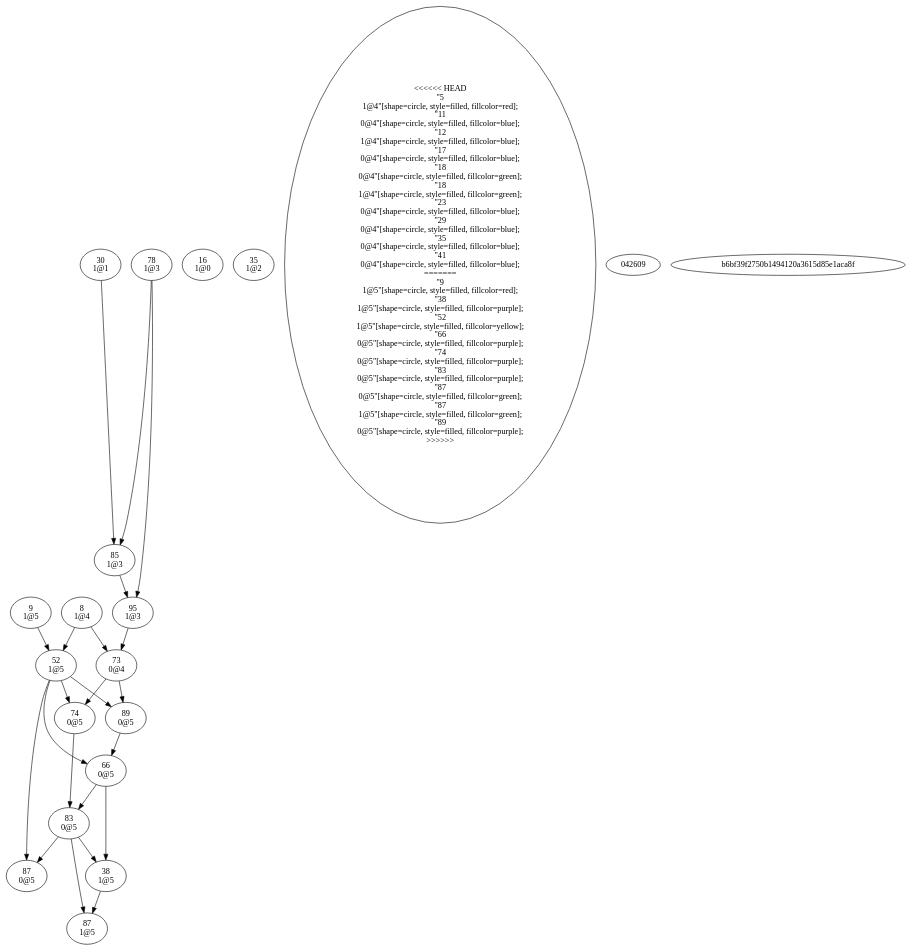
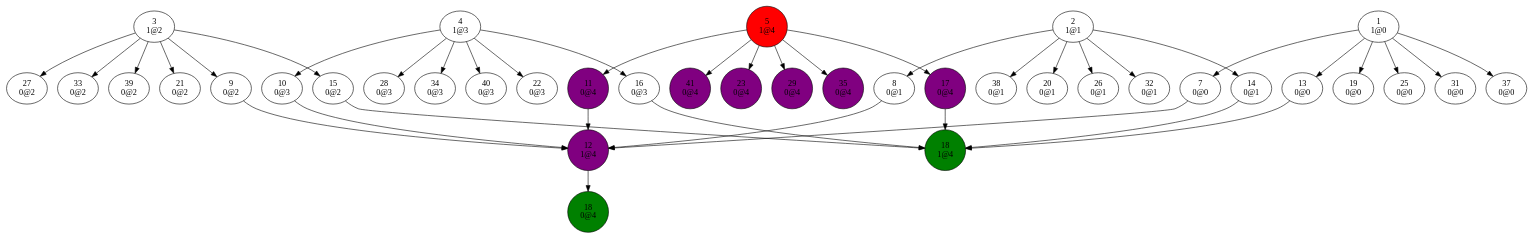
Before and after one commit to Oxmose/SATSolver: the diagram in dev/bin/conflictGraph0.dot, drawn with Graphviz. The commit also changed 6 other files, not shown here.

```diff
--- a/dev/bin/conflictGraph0.dot
+++ b/dev/bin/conflictGraph0.dot
@@ -1,117 +1,189 @@
 digraph {
+"1
+1@0"->"7
+0@0";
+"1
+1@0"->"13
+0@0";
+"1
+1@0"->"19
+0@0";
+"1
+1@0"->"25
+0@0";
+"1
+1@0"->"31
+0@0";
+"1
+1@0"->"37
+0@0";
+"2
+1@1"->"8
+0@1";
+"2
+1@1"->"14
+0@1";
+"2
+1@1"->"20
+0@1";
+"2
+1@1"->"26
+0@1";
+"2
+1@1"->"32
+0@1";
+"2
+1@1"->"38
+0@1";
+"3
+1@2"->"9
+0@2";
+"3
+1@2"->"15
+0@2";
+"3
+1@2"->"21
+0@2";
+"3
+1@2"->"27
+0@2";
+"3
+1@2"->"33
+0@2";
+"3
+1@2"->"39
+0@2";
+"4
+1@3"->"10
+0@3";
+"4
+1@3"->"16
+0@3";
+"4
+1@3"->"22
+0@3";
+"4
+1@3"->"28
+0@3";
+"4
+1@3"->"34
+0@3";
+"4
+1@3"->"40
+0@3";
+"5
+1@4"->"11
+0@4";
+"5
+1@4"->"17
+0@4";
+"5
+1@4"->"23
+0@4";
+"5
+1@4"->"29
+0@4";
+"5
+1@4"->"35
+0@4";
+"5
+1@4"->"41
+0@4";
+"7
+0@0"->"12
+1@4";
 "8
-1@4"->"52
-1@5";
-"8
-1@4"->"73
+0@1"->"12
+1@4";
+"9
+0@2"->"12
+1@4";
+"10
+0@3"->"12
+1@4";
+"11
+0@4"->"12
+1@4";
+"12
+1@4"->"18
 0@4";
-"9
-1@5"->"52
-1@5";
+"13
+0@0"->"18
+1@4";
+"14
+0@1"->"18
+1@4";
+"15
+0@2"->"18
+1@4";
 "16
-1@0";
-"30
-1@1"->"85
-1@3";
+0@3"->"18
+1@4";
+"17
+0@4"->"18
+1@4";
+"18
+0@4";
+"18
+1@4";
+"19
+0@0";
+"20
+0@1";
+"21
+0@2";
+"22
+0@3";
+"23
+0@4";
+"25
+0@0";
+"26
+0@1";
+"27
+0@2";
+"28
+0@3";
+"29
+0@4";
+"31
+0@0";
+"32
+0@1";
+"33
+0@2";
+"34
+0@3";
 "35
-1@2";
+0@4";
+"37
+0@0";
 "38
-1@5"->"87
-1@5";
-"52
-1@5"->"66
-0@5";
-"52
-1@5"->"74
-0@5";
-"52
-1@5"->"87
-0@5";
-"52
-1@5"->"89
-0@5";
-"66
-0@5"->"38
-1@5";
-"66
-0@5"->"83
-0@5";
-"73
-0@4"->"74
-0@5";
-"73
-0@4"->"89
-0@5";
-"74
-0@5"->"83
-0@5";
-"78
-1@3"->"85
-1@3";
-"78
-1@3"->"95
-1@3";
-"83
-0@5"->"38
-1@5";
-"83
-0@5"->"87
-0@5";
-"83
-0@5"->"87
-1@5";
-"85
-1@3"->"95
-1@3";
-"87
-0@5";
-"87
-1@5";
-"89
-0@5"->"66
-0@5";
-"95
-1@3"->"73
+0@1";
+"39
+0@2";
+"40
+0@3";
+"41
 0@4";
-<<<<<<< HEAD
 "5
 1@4"[shape=circle, style=filled, fillcolor=red];
 "11
-0@4"[shape=circle, style=filled, fillcolor=blue];
+0@4"[shape=circle, style=filled, fillcolor=purple];
 "12
-1@4"[shape=circle, style=filled, fillcolor=blue];
+1@4"[shape=circle, style=filled, fillcolor=purple];
 "17
-0@4"[shape=circle, style=filled, fillcolor=blue];
+0@4"[shape=circle, style=filled, fillcolor=purple];
 "18
 0@4"[shape=circle, style=filled, fillcolor=green];
 "18
 1@4"[shape=circle, style=filled, fillcolor=green];
 "23
-0@4"[shape=circle, style=filled, fillcolor=blue];
+0@4"[shape=circle, style=filled, fillcolor=purple];
 "29
-0@4"[shape=circle, style=filled, fillcolor=blue];
+0@4"[shape=circle, style=filled, fillcolor=purple];
 "35
-0@4"[shape=circle, style=filled, fillcolor=blue];
+0@4"[shape=circle, style=filled, fillcolor=purple];
 "41
-0@4"[shape=circle, style=filled, fillcolor=blue];
-=======
-"9
-1@5"[shape=circle, style=filled, fillcolor=red];
-"38
-1@5"[shape=circle, style=filled, fillcolor=purple];
-"52
-1@5"[shape=circle, style=filled, fillcolor=yellow];
-"66
-0@5"[shape=circle, style=filled, fillcolor=purple];
-"74
-0@5"[shape=circle, style=filled, fillcolor=purple];
-"83
-0@5"[shape=circle, style=filled, fillcolor=purple];
-"87
-0@5"[shape=circle, style=filled, fillcolor=green];
-"87
-1@5"[shape=circle, style=filled, fillcolor=green];
-"89
-0@5"[shape=circle, style=filled, fillcolor=purple];
->>>>>>> 042609b6bf39f2750b1494120a3615d85e1aca8f
+0@4"[shape=circle, style=filled, fillcolor=purple];
 }
```
